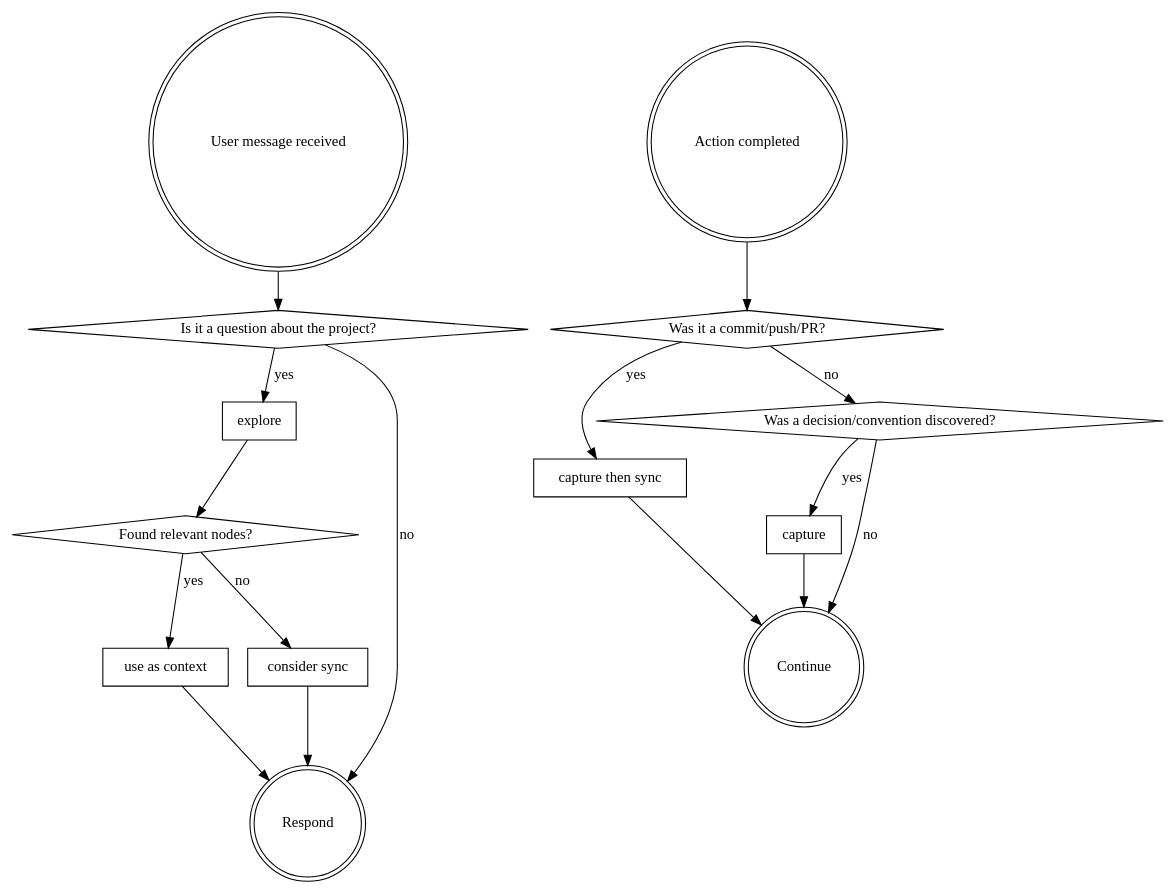
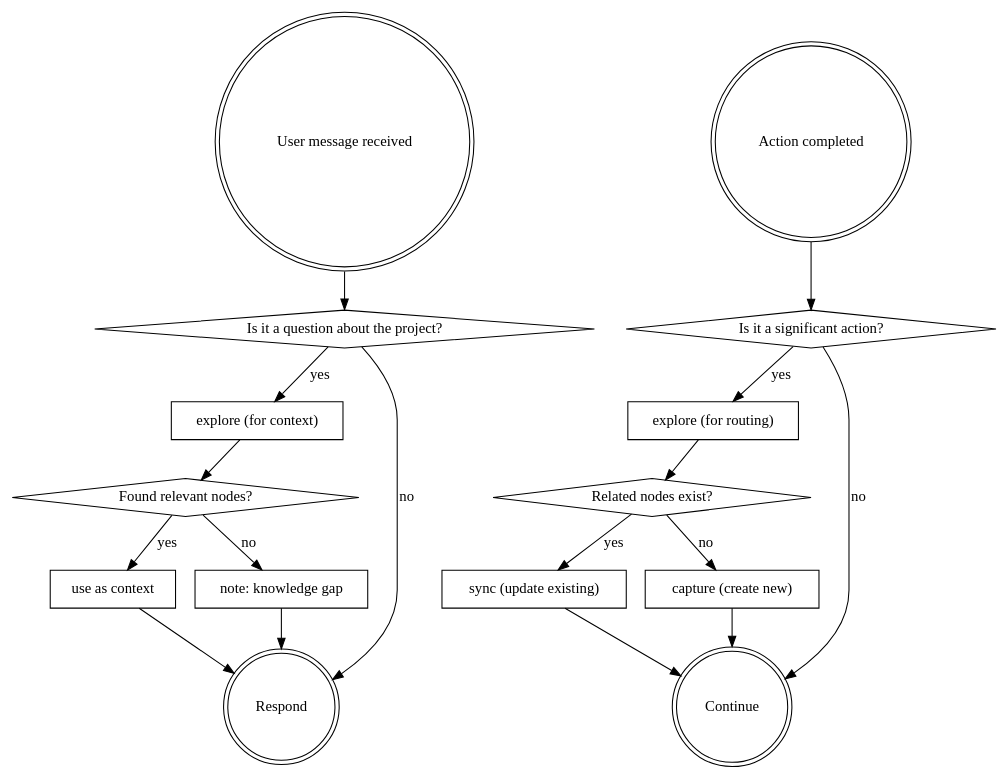
Before and after one commit to Curt-Park/autology: the diagram in skills/router/SKILL.md, drawn with Graphviz. The commit also changed other lines of this file, not shown here.

First line of the commit message:
refactor: explore is the pivot for both flows — sync vs capture routing

````diff
--- a/skills/router/SKILL.md
+++ b/skills/router/SKILL.md
@@ -56,34 +51,36 @@
 ```dot
 digraph router {
   "User message received" [shape=doublecircle];
   "Action completed" [shape=doublecircle];
   "Is it a question about the project?" [shape=diamond];
-  "explore" [shape=box];
+  "explore (for context)" [shape=box];
   "Found relevant nodes?" [shape=diamond];
   "use as context" [shape=box];
-  "consider sync" [shape=box];
+  "note: knowledge gap" [shape=box];
   "Respond" [shape=doublecircle];
-  "Was it a commit/push/PR?" [shape=diamond];
-  "capture then sync" [shape=box];
-  "Was a decision/convention discovered?" [shape=diamond];
-  "capture" [shape=box];
+  "Is it a significant action?" [shape=diamond];
+  "explore (for routing)" [shape=box];
+  "Related nodes exist?" [shape=diamond];
+  "sync (update existing)" [shape=box];
+  "capture (create new)" [shape=box];
   "Continue" [shape=doublecircle];
 
   "User message received" -> "Is it a question about the project?";
-  "Is it a question about the project?" -> "explore" [label="yes"];
+  "Is it a question about the project?" -> "explore (for context)" [label="yes"];
   "Is it a question about the project?" -> "Respond" [label="no"];
-  "explore" -> "Found relevant nodes?";
+  "explore (for context)" -> "Found relevant nodes?";
   "Found relevant nodes?" -> "use as context" [label="yes"];
-  "Found relevant nodes?" -> "consider sync" [label="no"];
+  "Found relevant nodes?" -> "note: knowledge gap" [label="no"];
   "use as context" -> "Respond";
-  "consider sync" -> "Respond";
+  "note: knowledge gap" -> "Respond";
 
-  "Action completed" -> "Was it a commit/push/PR?";
-  "Was it a commit/push/PR?" -> "capture then sync" [label="yes"];
-  "Was it a commit/push/PR?" -> "Was a decision/convention discovered?" [label="no"];
-  "Was a decision/convention discovered?" -> "capture" [label="yes"];
-  "Was a decision/convention discovered?" -> "Continue" [label="no"];
-  "capture then sync" -> "Continue";
-  "capture" -> "Continue";
+  "Action completed" -> "Is it a significant action?";
+  "Is it a significant action?" -> "explore (for routing)" [label="yes"];
+  "Is it a significant action?" -> "Continue" [label="no"];
+  "explore (for routing)" -> "Related nodes exist?";
+  "Related nodes exist?" -> "sync (update existing)" [label="yes"];
+  "Related nodes exist?" -> "capture (create new)" [label="no"];
+  "sync (update existing)" -> "Continue";
+  "capture (create new)" -> "Continue";
 }
 ```
````
